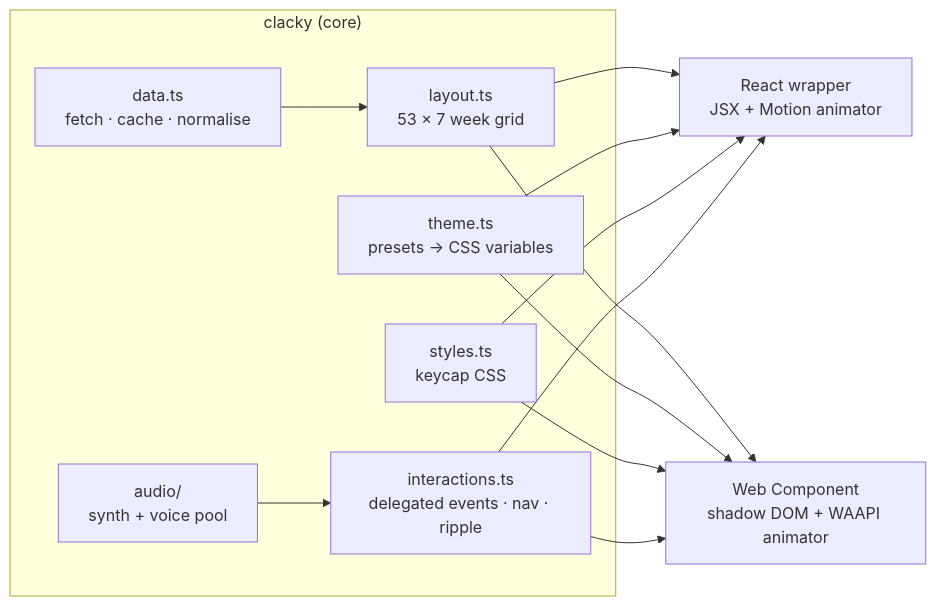
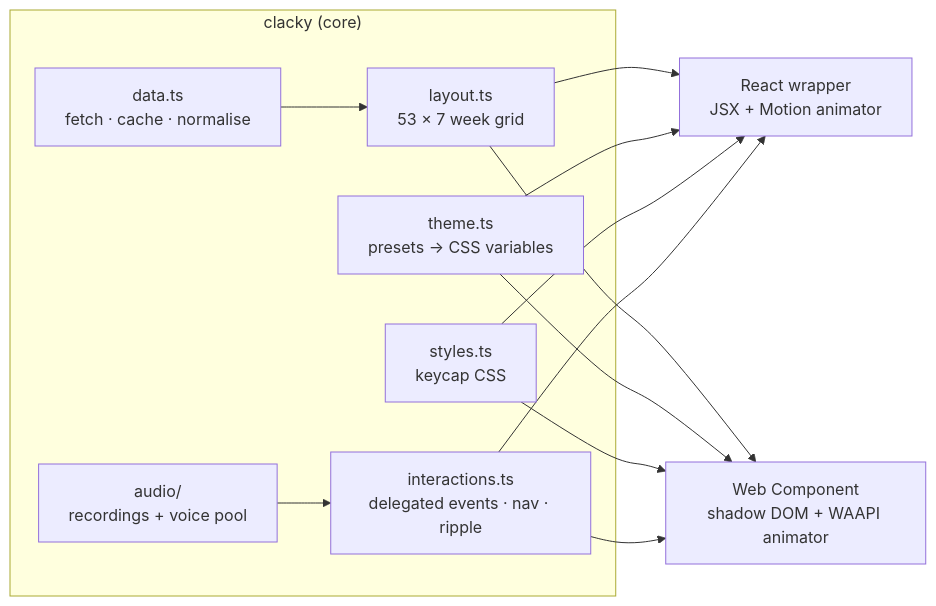
Before and after one commit to Rishabjs03/keyboard-graph: the diagram in README.md, drawn with Mermaid. The commit also changed other lines of this file and 40 other files, not shown here.

````diff
--- a/README.md
+++ b/README.md
@@ -170,16 +170,16 @@
 ```mermaid
 flowchart LR
   subgraph Core["clacky (core)"]
     D["data.ts<br/>fetch · cache · normalise"] --> L["layout.ts<br/>53 × 7 week grid"]
     T["theme.ts<br/>presets → CSS variables"]
     S["styles.ts<br/>keycap CSS"]
-    A["audio/<br/>synth + voice pool"]
+    A["audio/<br/>recordings + voice pool"]
     I["interactions.ts<br/>delegated events · nav · ripple"]
   end
   L --> R["React wrapper<br/>JSX + Motion animator"]
   L --> W["Web Component<br/>shadow DOM + WAAPI animator"]
   T --> R & W
   S --> R & W
   A --> I
   I --> R & W
 ```
````
